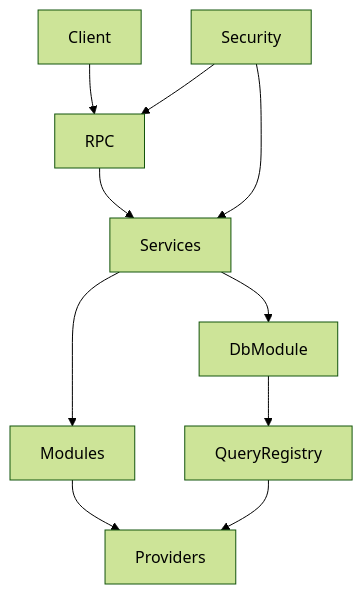
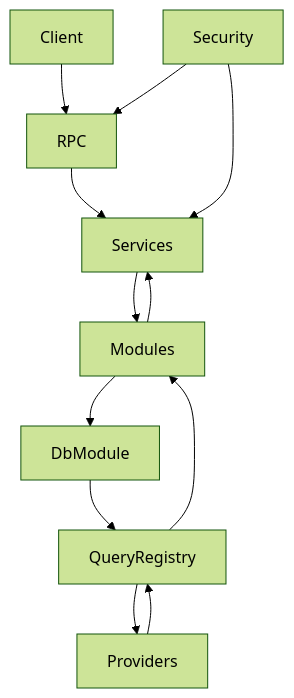
Before and after one commit to elide-us/elideus-group: the diagram in ARCHITECTURE.md, drawn with Mermaid (forest theme). The commit also changed other lines of this file and 6 other files, not shown here.

````diff
--- a/ARCHITECTURE.md
+++ b/ARCHITECTURE.md
@@ -8,12 +8,14 @@
 ```mermaid
 flowchart TD
   Client --> RPC
   RPC --> Services
   Services --> Modules
-  Modules --> Providers
-  Services --> DbModule
+  Modules --> DbModule
   DbModule --> QueryRegistry
   QueryRegistry --> Providers
+  Providers --> QueryRegistry
+  QueryRegistry --> Modules
+  Modules --> Services
   Security --> RPC
   Security --> Services
 ```
````
